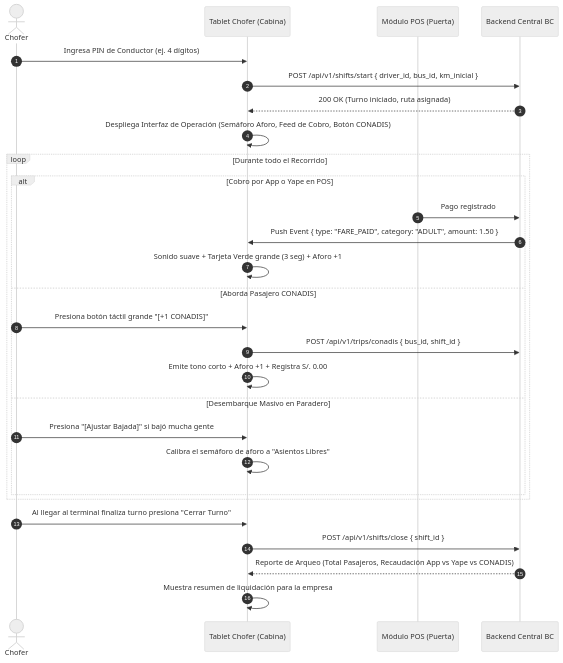
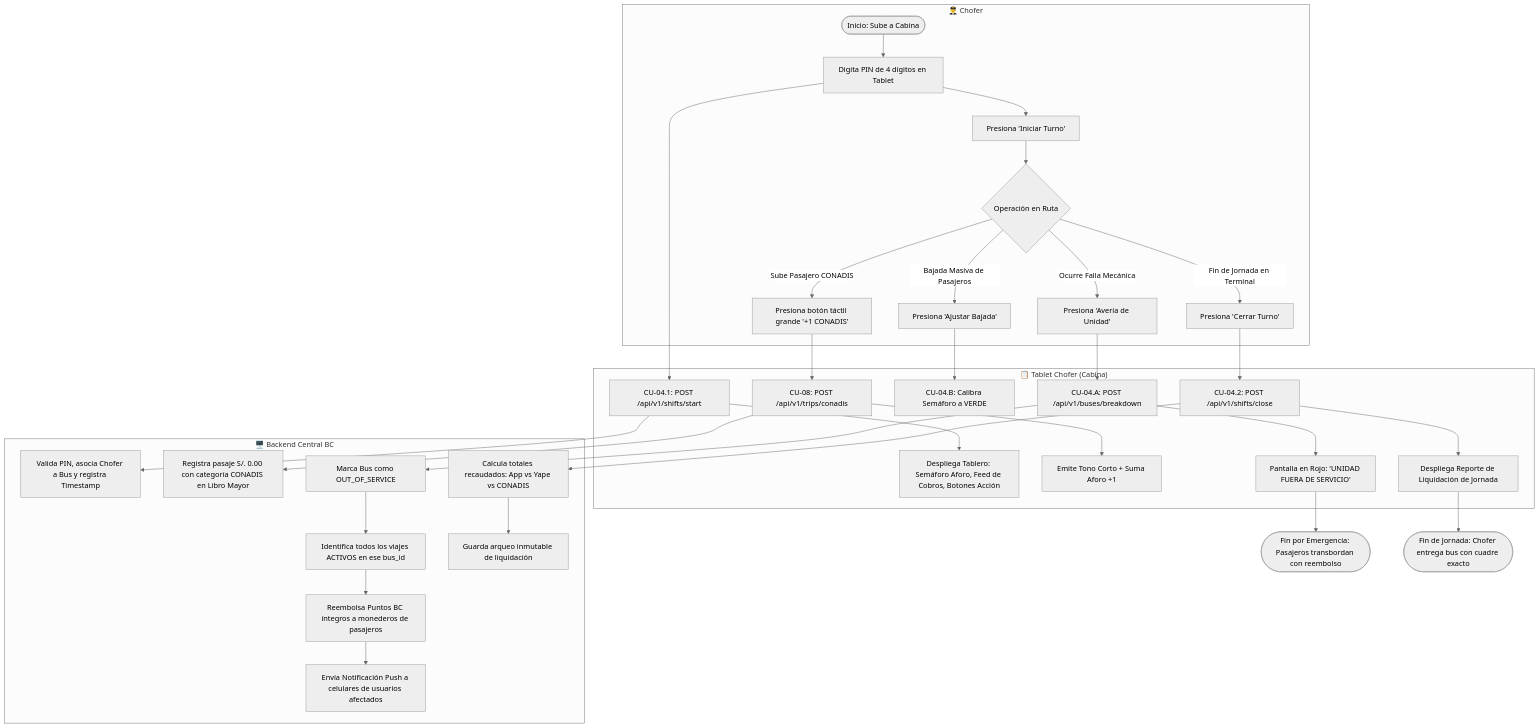
One commit to aron-quito/sem-bus changed the diagram in docs/casos_de_uso/CU04_Operacion_Turno_Conductor_Tablet.md. Above: the diagram before and after it, drawn with Mermaid (neutral theme). The commit also changed other lines of this file and 7 other files, not shown here.

````diff
--- a/docs/casos_de_uso/CU04_Operacion_Turno_Conductor_Tablet.md
+++ b/docs/casos_de_uso/CU04_Operacion_Turno_Conductor_Tablet.md
@@ -22,33 +54,46 @@
 ```mermaid
-sequenceDiagram
-    autonumber
-    actor Chofer
-    participant Tablet as Tablet Chofer (Cabina)
-    participant POS as Módulo POS (Puerta)
-    participant Backend as Backend Central BC
-
-    Chofer->>Tablet: Ingresa PIN de Conductor (ej. 4 dígitos)
-    Tablet->>Backend: POST /api/v1/shifts/start { driver_id, bus_id, km_inicial }
-    Backend-->>Tablet: 200 OK (Turno iniciado, ruta asignada)
-    Tablet->>Tablet: Despliega Interfaz de Operación (Semáforo Aforo, Feed de Cobro, Botón CONADIS)
-
-    loop Durante todo el Recorrido
-        alt Cobro por App o Yape en POS
-            POS->>Backend: Pago registrado
-            Backend->>Tablet: Push Event { type: "FARE_PAID", category: "ADULT", amount: 1.50 }
-            Tablet->>Tablet: Sonido suave + Tarjeta Verde grande (3 seg) + Aforo +1
-        else Aborda Pasajero CONADIS
-            Chofer->>Tablet: Presiona botón táctil grande "[+1 CONADIS]"
-            Tablet->>Backend: POST /api/v1/trips/conadis { bus_id, shift_id }
-            Tablet->>Tablet: Emite tono corto + Aforo +1 + Registra S/. 0.00
-        else Desembarque Masivo en Paradero
-            Chofer->>Tablet: Presiona "[Ajustar Bajada]" si bajó mucha gente
-            Tablet->>Tablet: Calibra el semáforo de aforo a "Asientos Libres"
-        end
+flowchart TD
+    subgraph Chofer["👨‍✈️ Chofer"]
+        A1([Inicio: Sube a Cabina]) --> A2[Digita PIN de 4 dígitos en Tablet]
+        A2 --> A3[Presiona 'Iniciar Turno']
+        A3 --> A4{Operación en Ruta}
+        
+        A4 -->|Sube Pasajero CONADIS| A_CON[Presiona botón táctil grande '+1 CONADIS']
+        A4 -->|Ocurre Falla Mecánica| A_FAIL[Presiona 'Avería de Unidad']
+        A4 -->|Bajada Masiva de Pasajeros| A_ADJ[Presiona 'Ajustar Bajada']
+        A4 -->|Fin de Jornada en Terminal| A_END[Presiona 'Cerrar Turno']
     end
 
-    Chofer->>Tablet: Al llegar al terminal finaliza turno presiona "Cerrar Turno"
-    Tablet->>Backend: POST /api/v1/shifts/close { shift_id }
-    Backend-->>Tablet: Reporte de Arqueo (Total Pasajeros, Recaudación App vs Yape vs CONADIS)
-    Tablet->>Tablet: Muestra resumen de liquidación para la empresa
+    subgraph Tablet["📋 Tablet Chofer (Cabina)"]
+        A2 --> B1[CU-04.1: POST /api/v1/shifts/start]
+        B1 --> B2[Despliega Tablero: Semáforo Aforo, Feed de Cobros, Botones Acción]
+        
+        A_CON --> B3[CU-08: POST /api/v1/trips/conadis]
+        B3 --> B4[Emite Tono Corto + Suma Aforo +1]
+        
+        A_ADJ --> B5[CU-04.B: Calibra Semáforo a VERDE]
+        
+        A_FAIL --> B6[CU-04.A: POST /api/v1/buses/breakdown]
+        B6 --> B7[Pantalla en Rojo: 'UNIDAD FUERA DE SERVICIO']
+        
+        A_END --> B8[CU-04.2: POST /api/v1/shifts/close]
+        B8 --> B9[Despliega Reporte de Liquidación de Jornada]
+    end
+
+    subgraph Backend["🖥️ Backend Central BC"]
+        B1 --> C1[Valida PIN, asocia Chofer a Bus y registra Timestamp]
+        
+        B3 --> C2[Registra pasaje S/. 0.00 con categoría CONADIS en Libro Mayor]
+        
+        B6 --> C3[Marca Bus como OUT_OF_SERVICE]
+        C3 --> C4[Identifica todos los viajes ACTIVOS en ese bus_id]
+        C4 --> C5[Reembolsa Puntos BC íntegros a monederos de pasajeros]
+        C5 --> C6[Envía Notificación Push a celulares de usuarios afectados]
+        
+        B8 --> C7[Calcula totales recaudados: App vs Yape vs CONADIS]
+        C7 --> C8[Guarda arqueo inmutable de liquidación]
+    end
+
+    B7 --> END_FAIL([Fin por Emergencia: Pasajeros transbordan con reembolso])
+    B9 --> END_OK([Fin de Jornada: Chofer entrega bus con cuadre exacto])
 ```
````
